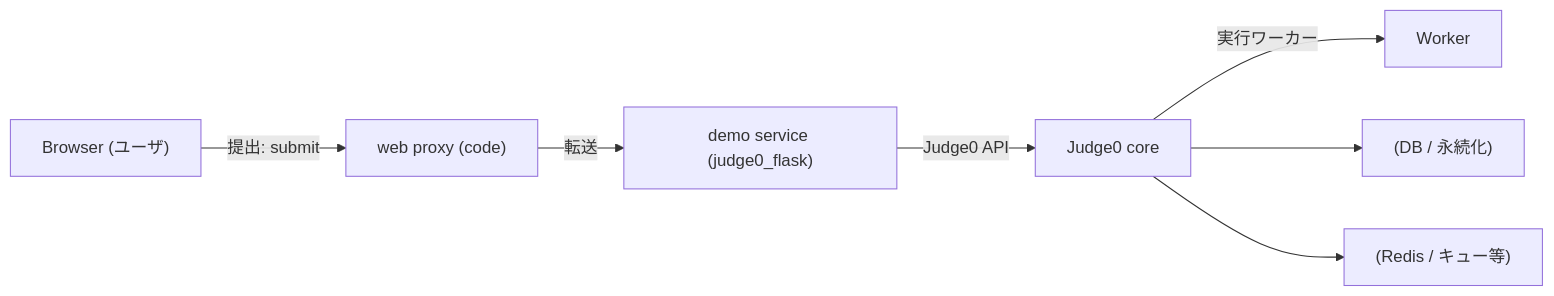
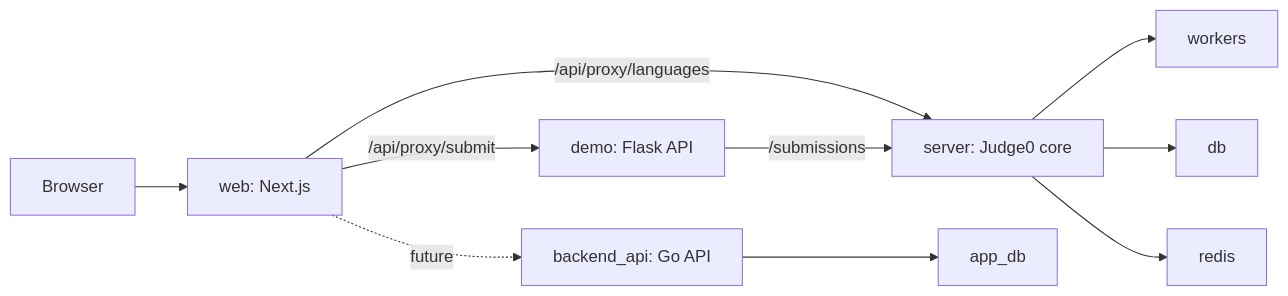
One commit to nae2121/ISC_onlinejudge changed the diagram in README.md. Above: the diagram before and after it, drawn with Mermaid. The commit also changed other lines of this file and 92 other files, not shown here.

````diff
--- a/README.md
+++ b/README.md
@@ -41,9 +19,12 @@
 ```mermaid
 graph LR
-  Browser["Browser (ユーザ)"] -->|提出: submit| Web["web proxy (code)"]
-  Web -->|転送| Demo["demo service (judge0_flask)"]
-  Demo -->|Judge0 API| Core["Judge0 core"]
-  Core -->|実行ワーカー| Worker["Worker"]
-  Core --> Database["(DB / 永続化)"]
-  Core --> Redis["(Redis / キュー等)"]
+  Browser["Browser"] --> Web["web: Next.js"]
+  Web -->|/api/proxy/submit| Demo["demo: Flask API"]
+  Web -->|/api/proxy/languages| Core["server: Judge0 core"]
+  Demo -->|/submissions| Core
+  Core --> Worker["workers"]
+  Core --> DB["db"]
+  Core --> Redis["redis"]
+  Web -.future.-> Backend["backend_api: Go API"]
+  Backend --> AppDB["app_db"]
 ```
````
